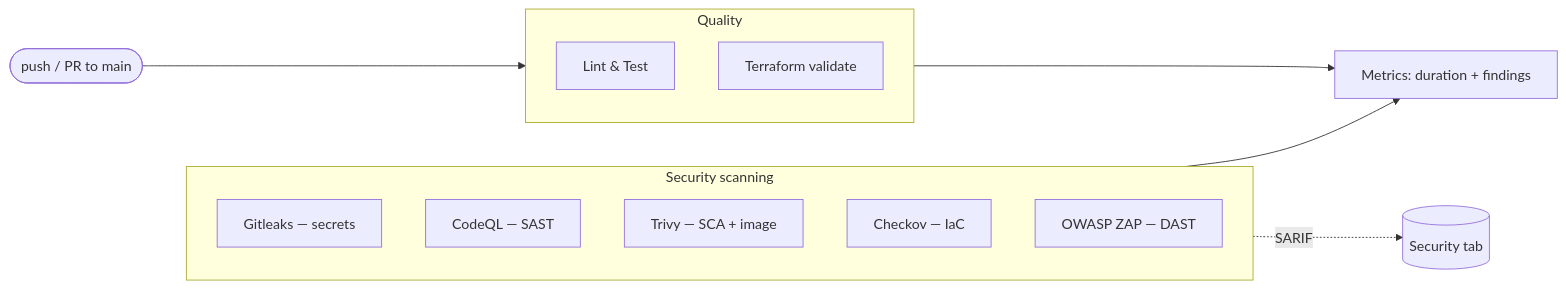
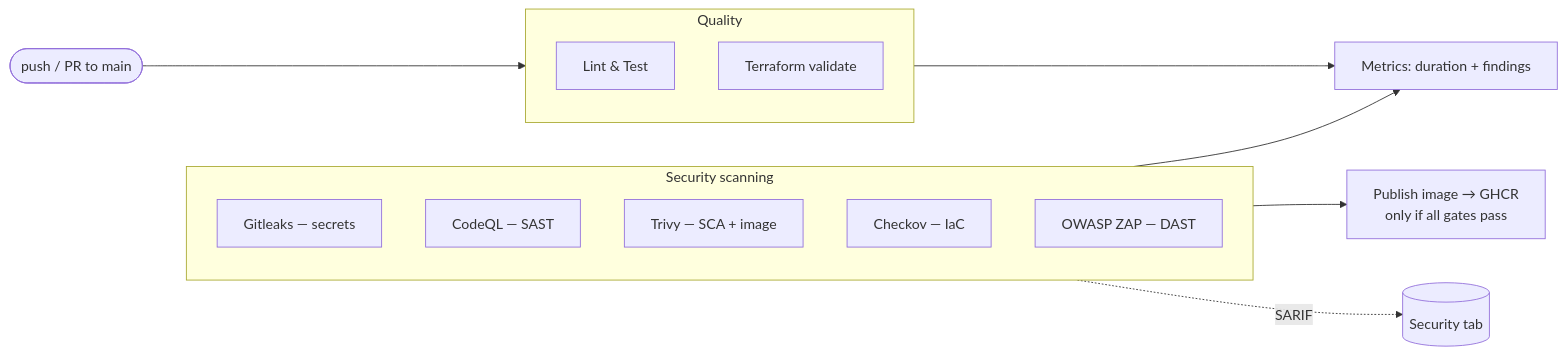
The diagram in README.md (BohdanPanasenko/devsecops-pipeline-demo), drawn with Mermaid before and after one commit. The commit also changed other lines of this file and 1 other file, not shown here.

Commit message:
docs: add speed-vs-security chart script; document remediated branch + GHCR publish

````diff
--- a/README.md
+++ b/README.md
@@ -40,21 +41,22 @@
 ```mermaid
 flowchart LR
     push([push / PR to main]) --> Q
 
     subgraph Q[Quality]
         L[Lint & Test]
         T[Terraform validate]
     end
 
     subgraph S[Security scanning]
         G[Gitleaks — secrets]
         C[CodeQL — SAST]
         TR[Trivy — SCA + image]
         CK[Checkov — IaC]
         Z[OWASP ZAP — DAST]
     end
 
     Q --> M
     S --> M[Metrics: duration + findings]
+    S --> P[Publish image → GHCR<br/>only if all gates pass]
     S -.SARIF.-> ST[(Security tab)]
 ```
````
